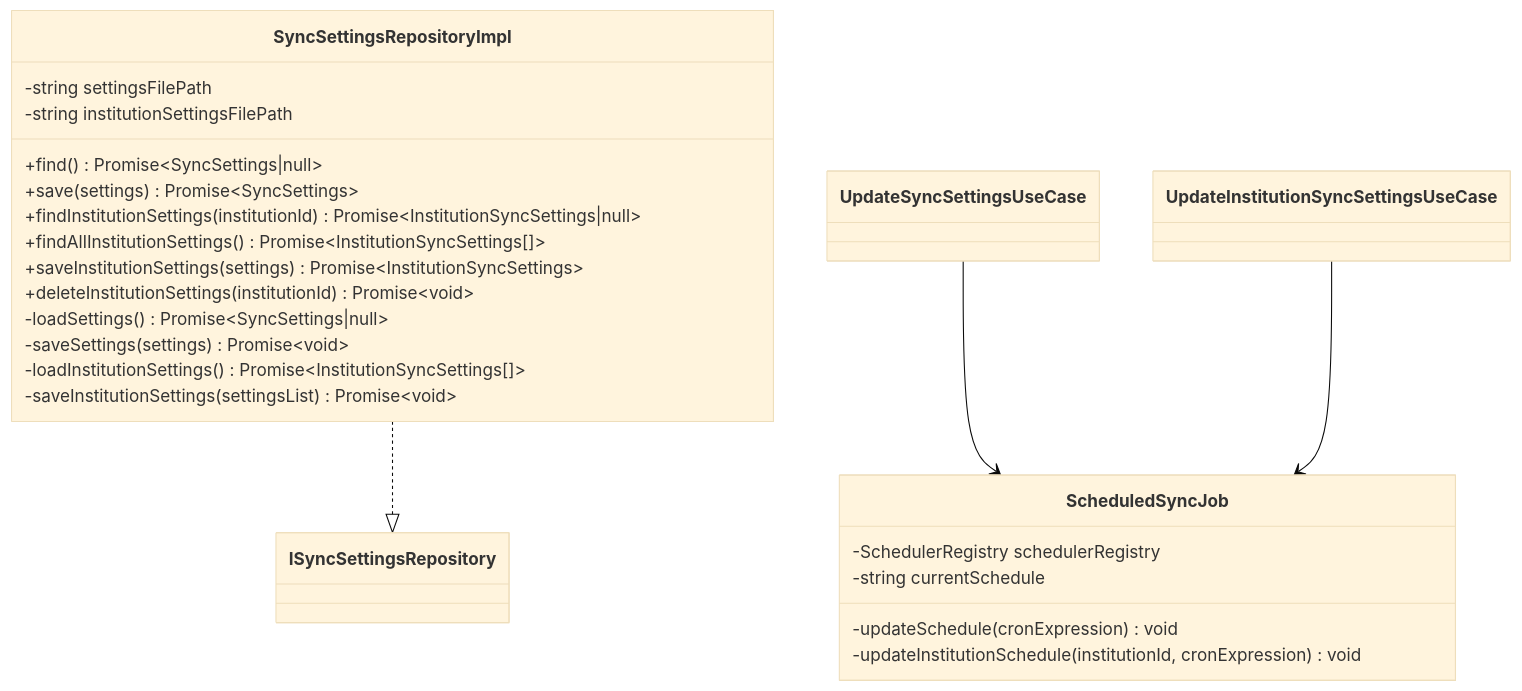
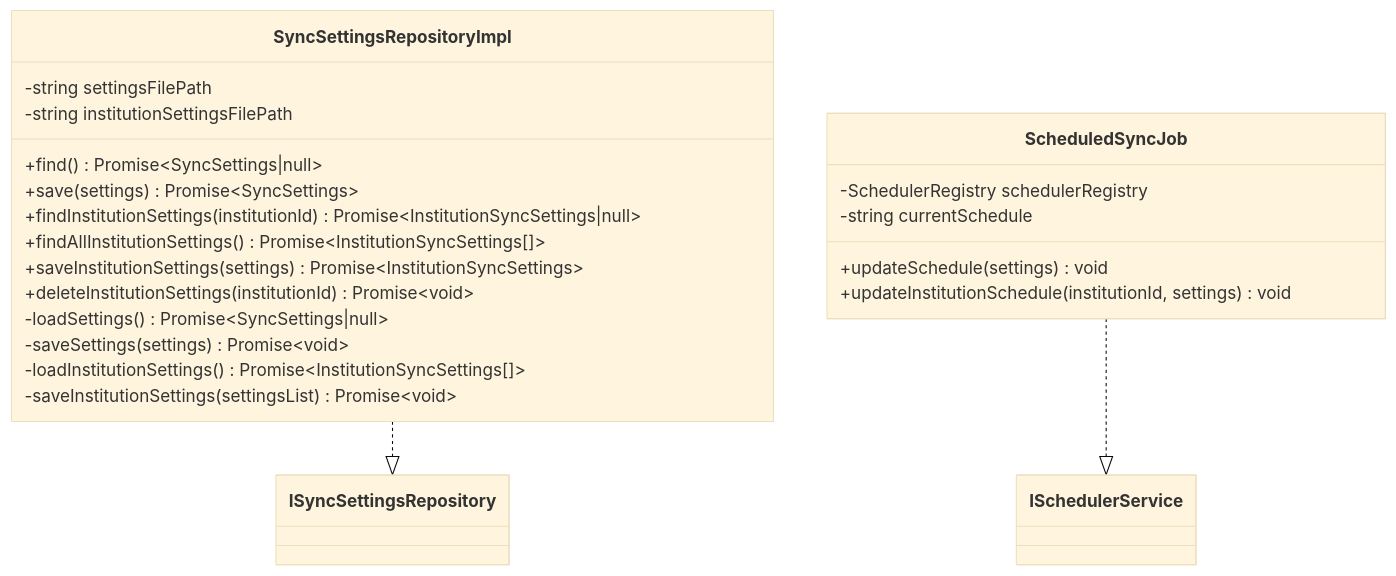
Before and after one commit to kencom2400/account-book: the third of 4 diagrams in docs/detailed-design/FR-030_sync-settings/class-diagrams.md, drawn with Mermaid (base theme). The commit also changed other lines of this file and 3 other files, not shown here.

````diff
--- a/docs/detailed-design/FR-030_sync-settings/class-diagrams.md
+++ b/docs/detailed-design/FR-030_sync-settings/class-diagrams.md
@@ -279,28 +292,27 @@
 ```mermaid
 classDiagram
     class SyncSettingsRepositoryImpl {
         -string settingsFilePath
         -string institutionSettingsFilePath
         +find() Promise~SyncSettings|null~
         +save(settings) Promise~SyncSettings~
         +findInstitutionSettings(institutionId) Promise~InstitutionSyncSettings|null~
         +findAllInstitutionSettings() Promise~InstitutionSyncSettings[]~
         +saveInstitutionSettings(settings) Promise~InstitutionSyncSettings~
         +deleteInstitutionSettings(institutionId) Promise~void~
         -loadSettings() Promise~SyncSettings|null~
         -saveSettings(settings) Promise~void~
         -loadInstitutionSettings() Promise~InstitutionSyncSettings[]~
         -saveInstitutionSettings(settingsList) Promise~void~
     }
 
     class ScheduledSyncJob {
         -SchedulerRegistry schedulerRegistry
         -string currentSchedule
-        -updateSchedule(cronExpression) void
-        -updateInstitutionSchedule(institutionId, cronExpression) void
+        +updateSchedule(settings) void
+        +updateInstitutionSchedule(institutionId, settings) void
     }
 
     SyncSettingsRepositoryImpl ..|> ISyncSettingsRepository
-    UpdateSyncSettingsUseCase --> ScheduledSyncJob
-    UpdateInstitutionSyncSettingsUseCase --> ScheduledSyncJob
+    ScheduledSyncJob ..|> ISchedulerService
 ```
````
